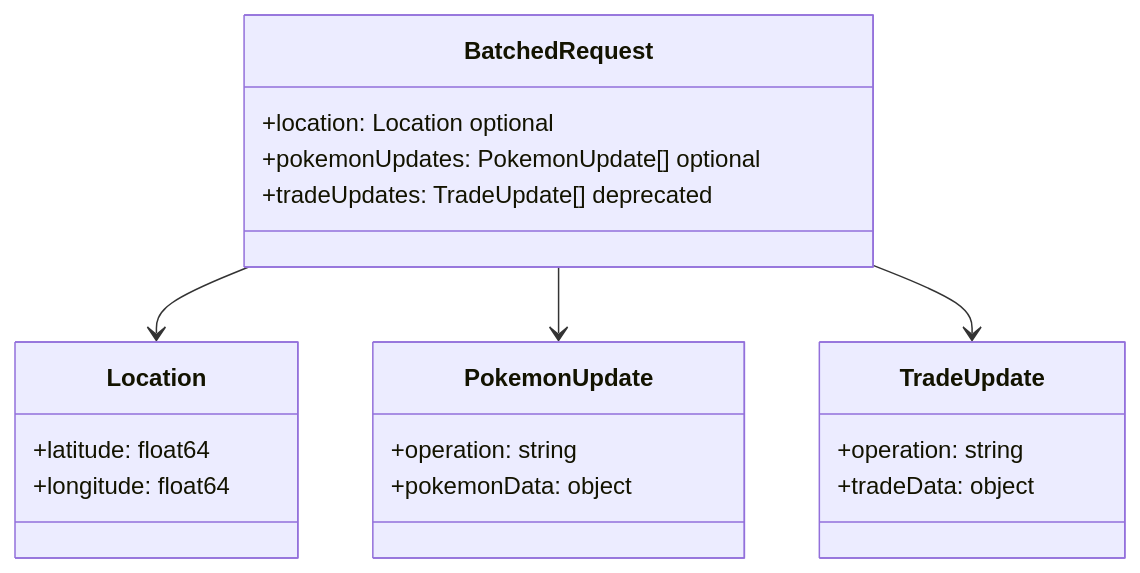
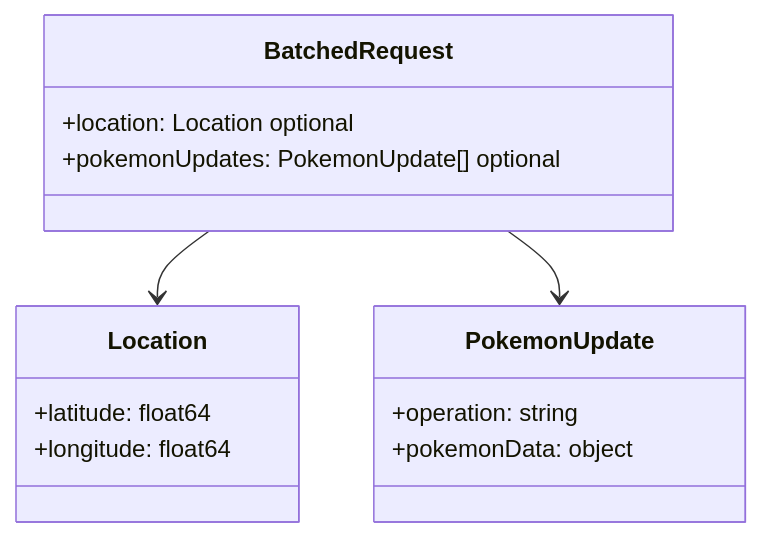
The fourth of 4 diagrams in receiver/README.md (AdamWentworth/Go), drawn with Mermaid before and after one commit. The commit also changed other lines of this file and 18 other files, not shown here.

````diff
--- a/receiver/README.md
+++ b/receiver/README.md
@@ -108,27 +107,20 @@
 ```mermaid
 classDiagram
   class BatchedRequest {
     +location: Location optional
     +pokemonUpdates: PokemonUpdate[] optional
-    +tradeUpdates: TradeUpdate[] deprecated
   }
 
   class Location {
     +latitude: float64
     +longitude: float64
   }
 
   class PokemonUpdate {
     +operation: string
     +pokemonData: object
   }
 
-  class TradeUpdate {
-    +operation: string
-    +tradeData: object
-  }
-
   BatchedRequest --> Location
   BatchedRequest --> PokemonUpdate
-  BatchedRequest --> TradeUpdate
 ```
````
